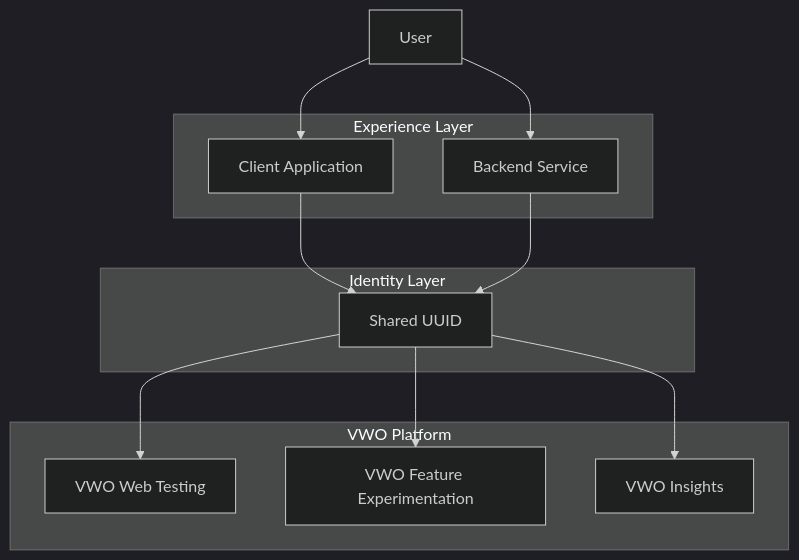
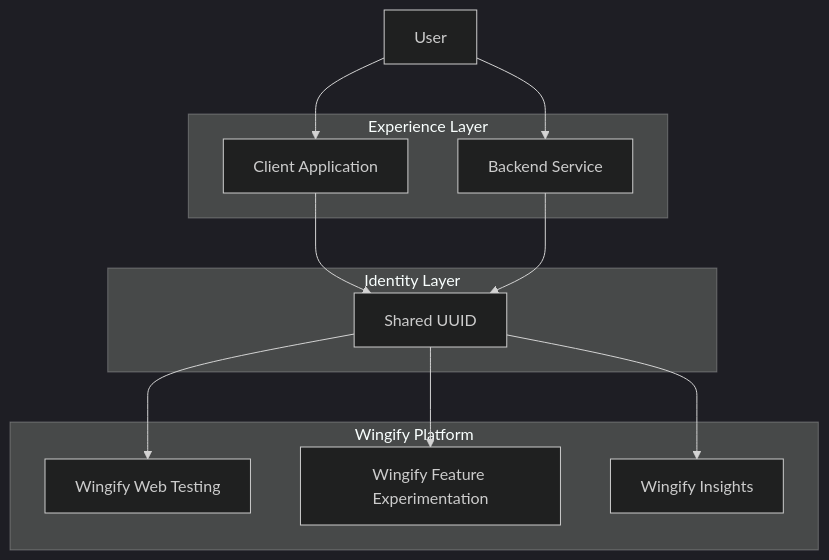
The first of 6 diagrams in docs/Unified Experimentation/fme-unified-experimentation-identity-synchronization.md (wingify/readme-central), drawn with Mermaid (dark theme) before and after one commit. The commit also changed other lines of this file, not shown here.

Commit message:
Update doc `fme-unified-experimentation-identity-synchronization`

````diff
--- a/docs/Unified Experimentation/fme-unified-experimentation-identity-synchronization.md
+++ b/docs/Unified Experimentation/fme-unified-experimentation-identity-synchronization.md
@@ -56,31 +56,31 @@
 ```mermaid
 flowchart TB
 
     User[User]
 
     subgraph Experience Layer
         Client[Client Application]
         Server[Backend Service]
     end
 
     subgraph Identity Layer
         UUID[Shared UUID]
     end
 
-    subgraph VWO Platform
-        WT[VWO Web Testing]
-        FE[VWO Feature Experimentation]
-        VI[VWO Insights]
+    subgraph Wingify Platform
+        WT[Wingify Web Testing]
+        FE[Wingify Feature Experimentation]
+        VI[Wingify Insights]
     end
 
     User --> Client
     User --> Server
 
     Client --> UUID
     Server --> UUID
 
     UUID --> WT
     UUID --> FE
     UUID --> VI
 
 ```
````
